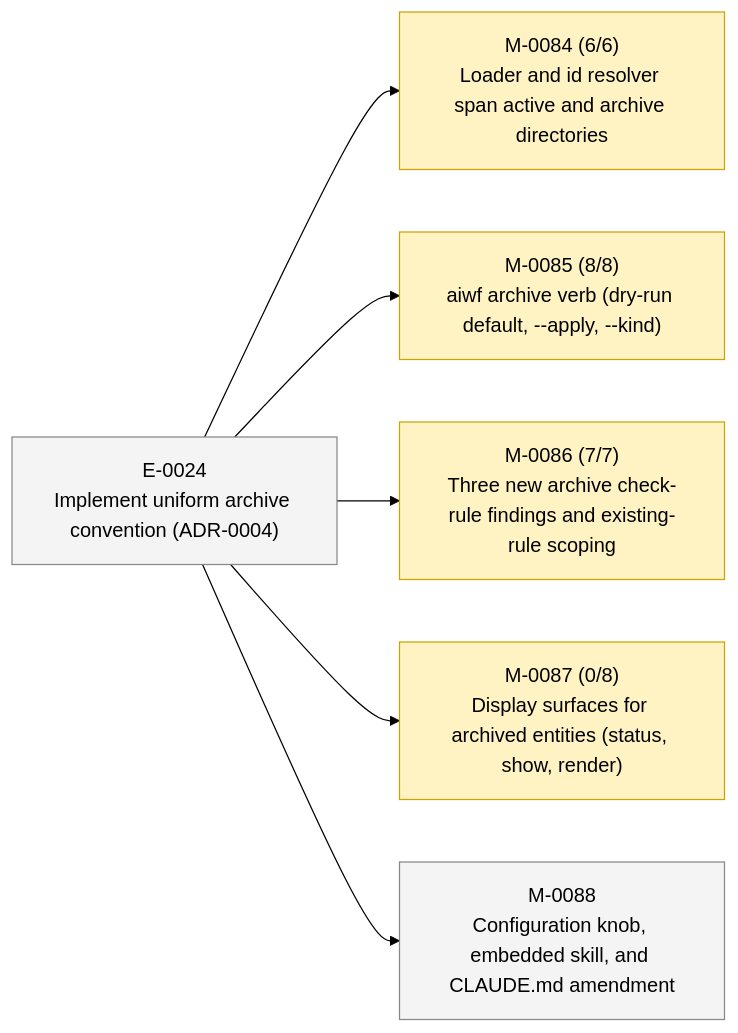
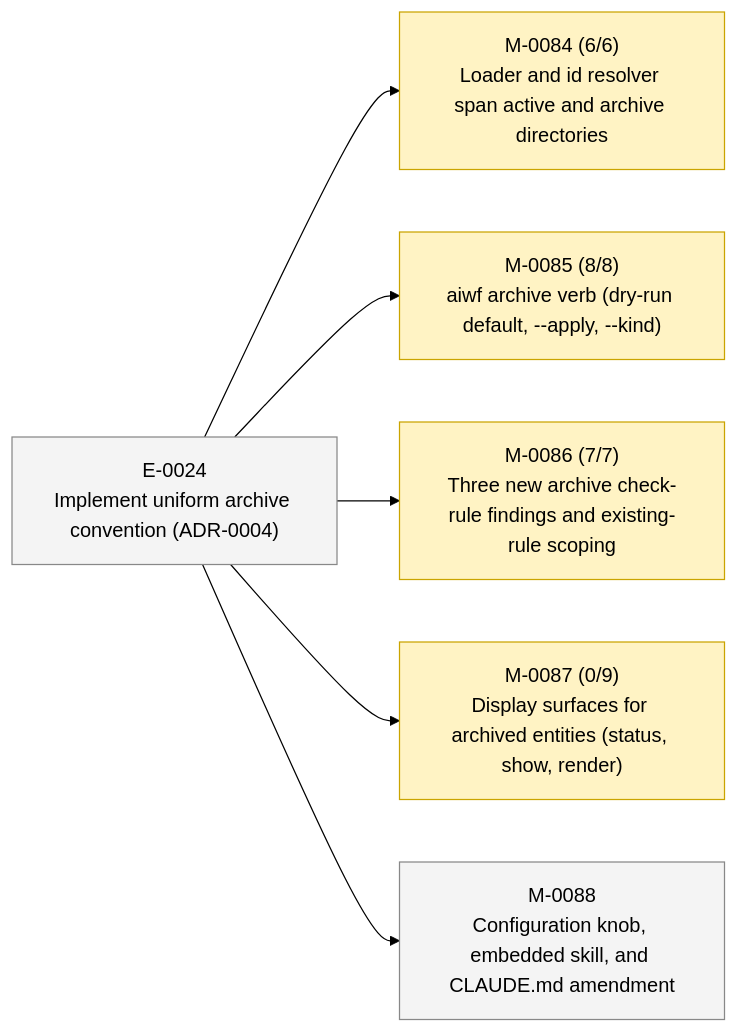
The second of 2 diagrams in STATUS.md (23min/aiwf), drawn with Mermaid (forest theme) before and after one commit. The commit also changed other lines of this file and 1 other file, not shown here.

````diff
--- a/STATUS.md
+++ b/STATUS.md
@@ -49,20 +49,20 @@
 ```mermaid
 flowchart LR
   E_0024["E-0024<br/>Implement uniform archive convention (ADR-0004)"]:::epic_proposed
   M_0084["M-0084 (6/6)<br/>Loader and id resolver span active and archive directories"]:::ms_in_progress
   E_0024 --> M_0084
   M_0085["M-0085 (8/8)<br/>aiwf archive verb (dry-run default, --apply, --kind)"]:::ms_in_progress
   E_0024 --> M_0085
   M_0086["M-0086 (7/7)<br/>Three new archive check-rule findings and existing-rule scoping"]:::ms_in_progress
   E_0024 --> M_0086
-  M_0087["M-0087 (0/8)<br/>Display surfaces for archived entities (status, show, render)"]:::ms_in_progress
+  M_0087["M-0087 (0/9)<br/>Display surfaces for archived entities (status, show, render)"]:::ms_in_progress
   E_0024 --> M_0087
   M_0088["M-0088<br/>Configuration knob, embedded skill, and CLAUDE.md amendment"]:::ms_draft
   E_0024 --> M_0088
   classDef epic_active fill:#d6eaff,stroke:#1a73e8,color:#000
   classDef epic_proposed fill:#f4f4f4,stroke:#888,color:#000
   classDef ms_done fill:#d8f5d8,stroke:#2a8a2a,color:#000
   classDef ms_in_progress fill:#fff3c4,stroke:#caa400,color:#000
   classDef ms_draft fill:#f4f4f4,stroke:#888,color:#000
   classDef ms_cancelled fill:#fbeaea,stroke:#c33,color:#000
 ```
````
